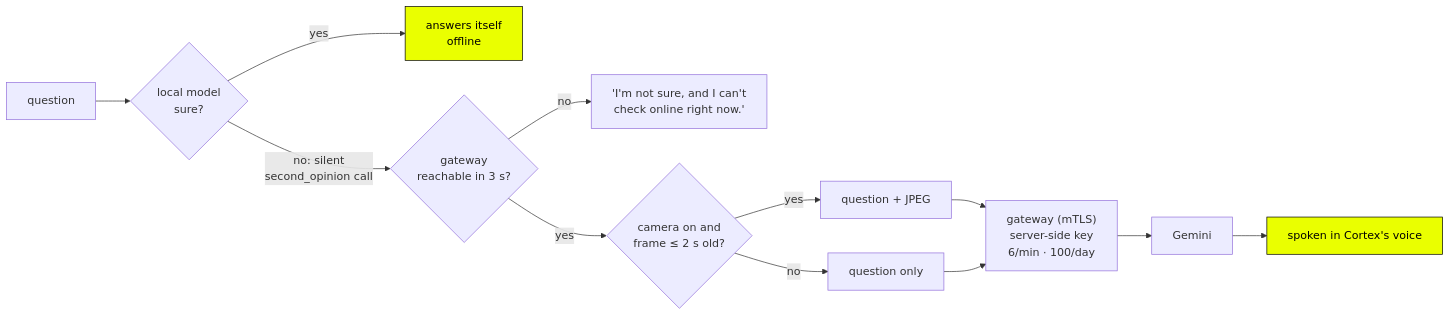
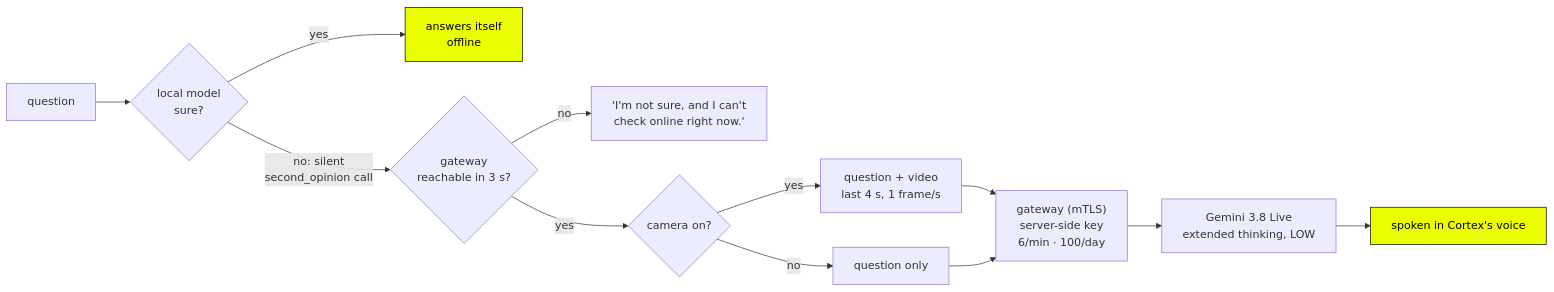
One commit to Asirive/Asirive-Cortex changed the sixth of 7 diagrams in README.md. Above: the diagram before and after it, drawn with Mermaid. The commit also changed other lines of this file and 15 other files, not shown here.

First line of the commit message:
Gemini takeover: video to Gemini 3.8 Live Extended Thinking (LOW)

````diff
--- a/README.md
+++ b/README.md
@@ -296,14 +296,14 @@
 ```mermaid
 flowchart LR
   Q["question"] --> LM{"local model<br/>sure?"}
   LM -- yes --> A["answers itself<br/>offline"]
   LM -- "no: silent<br/>second_opinion call" --> NET{"gateway<br/>reachable in 3 s?"}
   NET -- no --> NS["'I'm not sure, and I can't<br/>check online right now.'"]
-  NET -- yes --> CAM{"camera on and<br/>frame ≤ 2 s old?"}
-  CAM -- yes --> J["question + JPEG"]
+  NET -- yes --> CAM{"camera on?"}
+  CAM -- yes --> J["question + video<br/>last 4 s, 1 frame/s"]
   CAM -- no --> T["question only"]
   J & T --> GW["gateway (mTLS)<br/>server-side key<br/>6/min · 100/day"]
-  GW --> GEM["Gemini"] --> S["spoken in Cortex's voice"]
+  GW --> GEM["Gemini 3.8 Live<br/>extended thinking, LOW"] --> S["spoken in Cortex's voice"]
   classDef y fill:#EAFF00,stroke:#000,color:#000
   class A,S y
 ```
````
